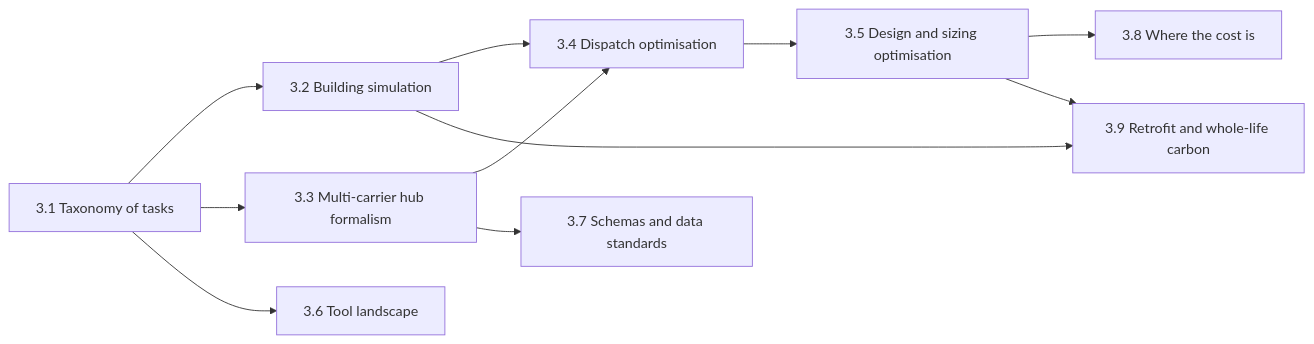
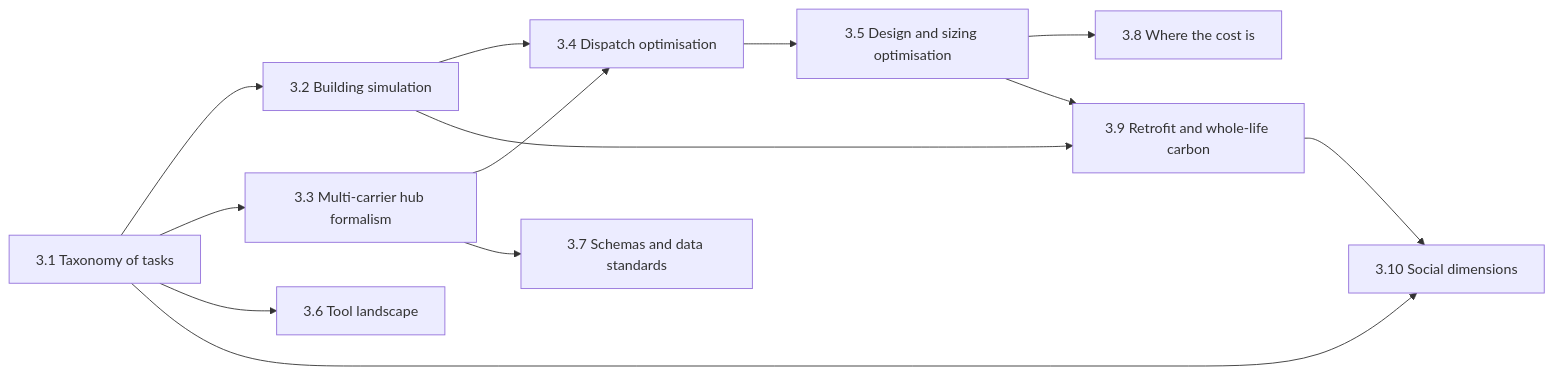
One commit to BartonChenTW/FM4UES changed the diagram in chapter-3-sim-opt/index.md. Above: the diagram before and after it, drawn with Mermaid. The commit also changed other lines of this file and 15 other files, not shown here.

First line of the commit message:
Add 3.10 on social dimensions (task T11) and simulated people in 4.3

````diff
--- a/chapter-3-sim-opt/index.md
+++ b/chapter-3-sim-opt/index.md
@@ -17,13 +17,15 @@
 ```mermaid
 flowchart LR
     A["3.1 Taxonomy of tasks"] --> B["3.2 Building simulation"]
     A --> C["3.3 Multi-carrier hub formalism"]
     B --> D["3.4 Dispatch optimisation"]
     C --> D
     D --> E["3.5 Design and sizing optimisation"]
     A --> F["3.6 Tool landscape"]
     C --> G["3.7 Schemas and data standards"]
     E --> H["3.8 Where the cost is"]
     B --> I["3.9 Retrofit and whole-life carbon"]
     E --> I
+    A --> J["3.10 Social dimensions"]
+    I --> J
 ```
````
